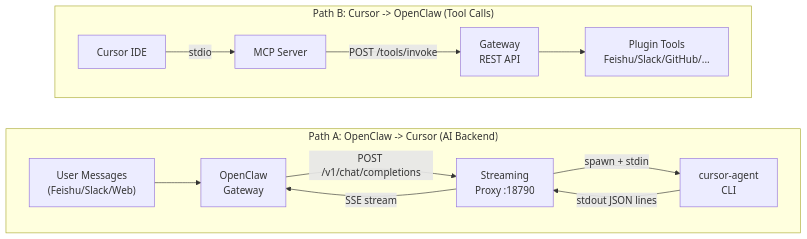
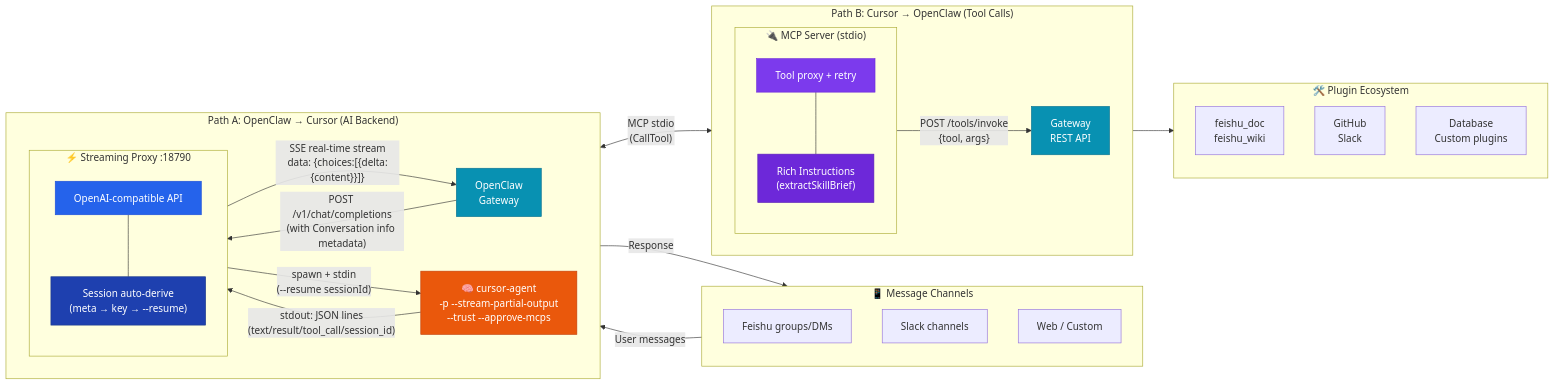
Before and after one commit to andeya/openclaw-cursor-bridge: the first of 10 diagrams in doc/technical-guide-en.md, drawn with Mermaid. The commit also changed other lines of this file and 8 other files, not shown here.

First line of the commit message:
docs: add openclaw_skill tool docs, progressive disclosure, and brand logos

````diff
--- a/doc/technical-guide-en.md
+++ b/doc/technical-guide-en.md
@@ -75,18 +75,58 @@
 ```mermaid
 flowchart LR
-    subgraph pathA ["Path A: OpenClaw -> Cursor (AI Backend)"]
-        direction LR
-        User["User Messages<br/>(Feishu/Slack/Web)"] --> GW["OpenClaw<br/>Gateway"]
-        GW -->|"POST /v1/chat/completions"| Proxy["Streaming<br/>Proxy :18790"]
-        Proxy -->|"spawn + stdin"| Agent["cursor-agent<br/>CLI"]
-        Agent -->|"stdout JSON lines"| Proxy
-        Proxy -->|"SSE stream"| GW
+    subgraph Channels ["📱 Message Channels"]
+        direction TB
+        CH1["Feishu groups/DMs"]
+        CH2["Slack channels"]
+        CH3["Web / Custom"]
     end
 
-    subgraph pathB ["Path B: Cursor -> OpenClaw (Tool Calls)"]
+    subgraph pathA ["Path A: OpenClaw → Cursor (AI Backend)"]
         direction LR
-        IDE["Cursor IDE"] -->|"stdio"| MCP["MCP Server"]
-        MCP -->|"POST /tools/invoke"| REST["Gateway<br/>REST API"]
-        REST --> Tools["Plugin Tools<br/>Feishu/Slack/GitHub/..."]
+        GW_A["OpenClaw\nGateway"]
+        subgraph ProxyDetail ["⚡ Streaming Proxy :18790"]
+            direction TB
+            API["OpenAI-compatible API"]
+            SessionMgr["Session auto-derive\n(meta → key → --resume)"]
+            API --- SessionMgr
+        end
+        Agent["🧠 cursor-agent\n-p --stream-partial-output\n--trust --approve-mcps"]
     end
+
+    subgraph pathB ["Path B: Cursor → OpenClaw (Tool Calls)"]
+        direction LR
+        subgraph MCPDetail ["🔌 MCP Server (stdio)"]
+            direction TB
+            MCPCore["Tool proxy + retry"]
+            Skills["Rich Instructions\n(extractSkillBrief)"]
+            MCPCore --- Skills
+        end
+        GW_B["Gateway\nREST API"]
+    end
+
+    subgraph Tools ["🛠️ Plugin Ecosystem"]
+        direction TB
+        T1["feishu_doc\nfeishu_wiki"]
+        T2["GitHub\nSlack"]
+        T3["Database\nCustom plugins"]
+    end
+
+    Channels -->|"User messages"| GW_A
+    GW_A -->|"POST /v1/chat/completions\n(with Conversation info metadata)"| API
+    SessionMgr -->|"spawn + stdin\n(--resume sessionId)"| Agent
+    Agent -->|"stdout: JSON lines\n(text/result/tool_call/session_id)"| API
+    API -->|"SSE real-time stream\ndata: {choices:[{delta:{content}}]}"| GW_A
+    GW_A -->|"Response"| Channels
+
+    Agent <-->|"MCP stdio\n(CallTool)"| MCPCore
+    MCPCore -->|"POST /tools/invoke\n{tool, args}"| GW_B
+    GW_B --> Tools
+
+    style API fill:#2563eb,color:#fff,stroke:#1d4ed8
+    style SessionMgr fill:#1e40af,color:#fff,stroke:#1e3a8a
+    style MCPCore fill:#7c3aed,color:#fff,stroke:#6d28d9
+    style Skills fill:#6d28d9,color:#fff,stroke:#5b21b6
+    style Agent fill:#ea580c,color:#fff,stroke:#c2410c
+    style GW_A fill:#0891b2,color:#fff,stroke:#0e7490
+    style GW_B fill:#0891b2,color:#fff,stroke:#0e7490
 ```
````
